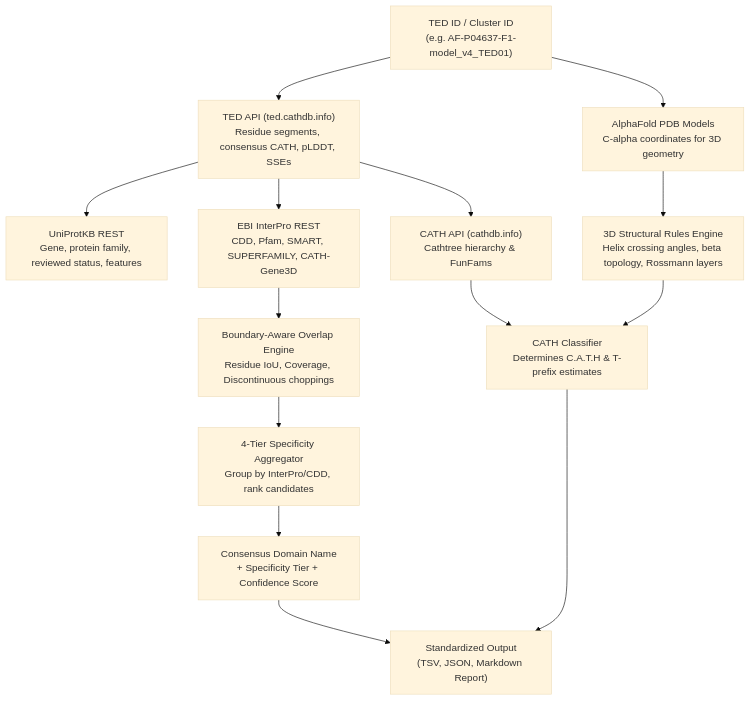
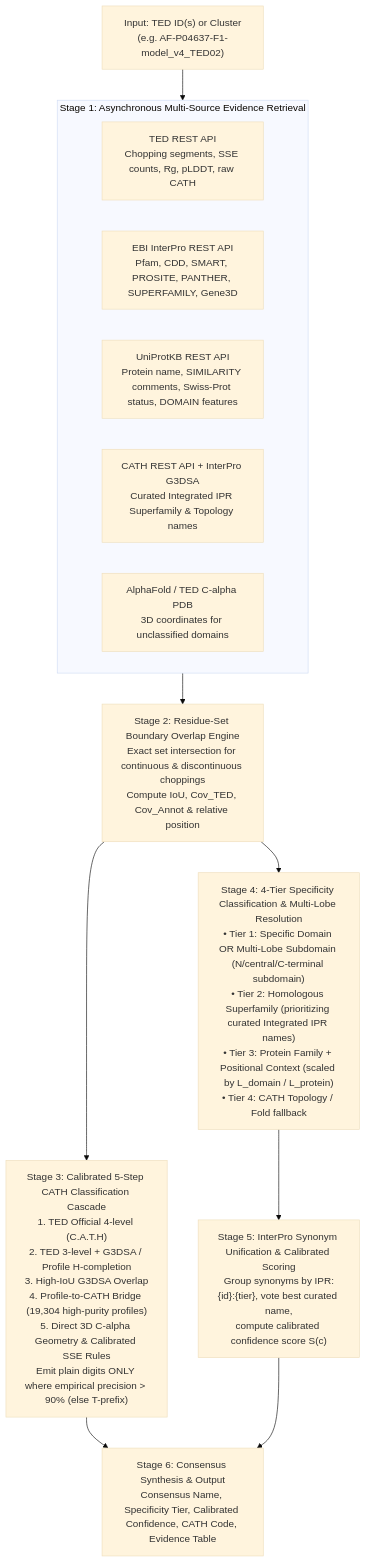
The first of 2 diagrams in docs/NAMING_PROCESS.md (KarelBerka/TED-namer), drawn with Mermaid (base theme) before and after one commit. The commit also changed other lines of this file, not shown here.

Commit message:
docs: update NAMING_PROCESS.md with complete calibrated 6-stage methodology

````diff
--- a/docs/NAMING_PROCESS.md
+++ b/docs/NAMING_PROCESS.md
@@ -25,20 +26,23 @@
 ```mermaid
 flowchart TD
-    TED_IN["TED ID / Cluster ID\n(e.g. AF-P04637-F1-model_v4_TED01)"] --> TED_API["TED API (ted.cathdb.info)\nResidue segments, consensus CATH, pLDDT, SSEs"]
-    TED_IN --> AF_PDB["AlphaFold PDB Models\nC-alpha coordinates for 3D geometry"]
-    
-    TED_API --> UNIPROT["UniProtKB REST\nGene, protein family, reviewed status, features"]
-    TED_API --> INTERPRO["EBI InterPro REST\nCDD, Pfam, SMART, SUPERFAMILY, CATH-Gene3D"]
-    TED_API --> CATH_REST["CATH API (cathdb.info)\nCathtree hierarchy & FunFams"]
+    IN["Input: TED ID(s) or Cluster\n(e.g. AF-P04637-F1-model_v4_TED02)"] --> S1
 
-    INTERPRO --> OVERLAP["Boundary-Aware Overlap Engine\nResidue IoU, Coverage, Discontinuous choppings"]
-    AF_PDB --> RULES["3D Structural Rules Engine\nHelix crossing angles, beta topology, Rossmann layers"]
-    
-    OVERLAP --> AGGREGATOR["4-Tier Specificity Aggregator\nGroup by InterPro/CDD, rank candidates"]
-    RULES --> CLASSIFIER["CATH Classifier\nDetermines C.A.T.H & T-prefix estimates"]
-    CATH_REST --> CLASSIFIER
+    subgraph S1["Stage 1: Asynchronous Multi-Source Evidence Retrieval"]
+        TED["TED REST API\nChopping segments, SSE counts, Rg, pLDDT, raw CATH"]
+        IPR["EBI InterPro REST API\nPfam, CDD, SMART, PROSITE, PANTHER, SUPERFAMILY, Gene3D"]
+        UP["UniProtKB REST API\nProtein name, SIMILARITY comments, Swiss-Prot status, DOMAIN features"]
+        CATH["CATH REST API + InterPro G3DSA\nCurated Integrated IPR Superfamily & Topology names"]
+        PDB["AlphaFold / TED C-alpha PDB\n3D coordinates for unclassified domains"]
+    end
 
-    AGGREGATOR --> SYNTHESIS["Consensus Domain Name\n+ Specificity Tier + Confidence Score"]
-    CLASSIFIER --> FINAL["Standardized Output\n(TSV, JSON, Markdown Report)"]
-    SYNTHESIS --> FINAL
+    S1 --> S2["Stage 2: Residue-Set Boundary Overlap Engine\nExact set intersection for continuous & discontinuous choppings\nCompute IoU, Cov_TED, Cov_Annot & relative position"]
+
+    S2 --> S3["Stage 3: Calibrated 5-Step CATH Classification Cascade\n1. TED Official 4-level (C.A.T.H)\n2. TED 3-level + G3DSA / Profile H-completion\n3. High-IoU G3DSA Overlap\n4. Profile-to-CATH Bridge (19,304 high-purity profiles)\n5. Direct 3D C-alpha Geometry & Calibrated SSE Rules\nEmit plain digits ONLY where empirical precision > 90% (else T-prefix)"]
+
+    S2 --> S4["Stage 4: 4-Tier Specificity Classification & Multi-Lobe Resolution\n• Tier 1: Specific Domain OR Multi-Lobe Subdomain (N/central/C-terminal subdomain)\n• Tier 2: Homologous Superfamily (prioritizing curated Integrated IPR names)\n• Tier 3: Protein Family + Positional Context (scaled by L_domain / L_protein)\n• Tier 4: CATH Topology / Fold fallback"]
+
+    S4 --> S5["Stage 5: InterPro Synonym Unification & Calibrated Scoring\nGroup synonyms by IPR:{id}:{tier}, vote best curated name,\ncompute calibrated confidence score S(c)"]
+
+    S3 --> S6["Stage 6: Consensus Synthesis & Output\nConsensus Name, Specificity Tier, Calibrated Confidence, CATH Code, Evidence Table"]
+    S5 --> S6
 ```
````
